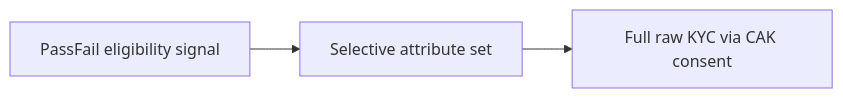
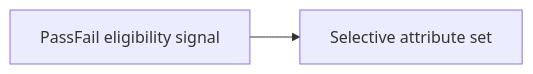
Before and after one commit to MocaNetwork/docs: the diagram in kyc/index.mdx, drawn with Mermaid. The commit also changed other lines of this file and 50 other files, not shown here.

````diff
--- a/kyc/index.mdx
+++ b/kyc/index.mdx
@@ -29,7 +28,6 @@
 ```mermaid
 flowchart LR
   passFail["PassFail eligibility signal"]
   selective["Selective attribute set"]
-  fullRaw["Full raw KYC via CAK consent"]
-  passFail --> selective --> fullRaw
+  passFail --> selective
 ```
````
